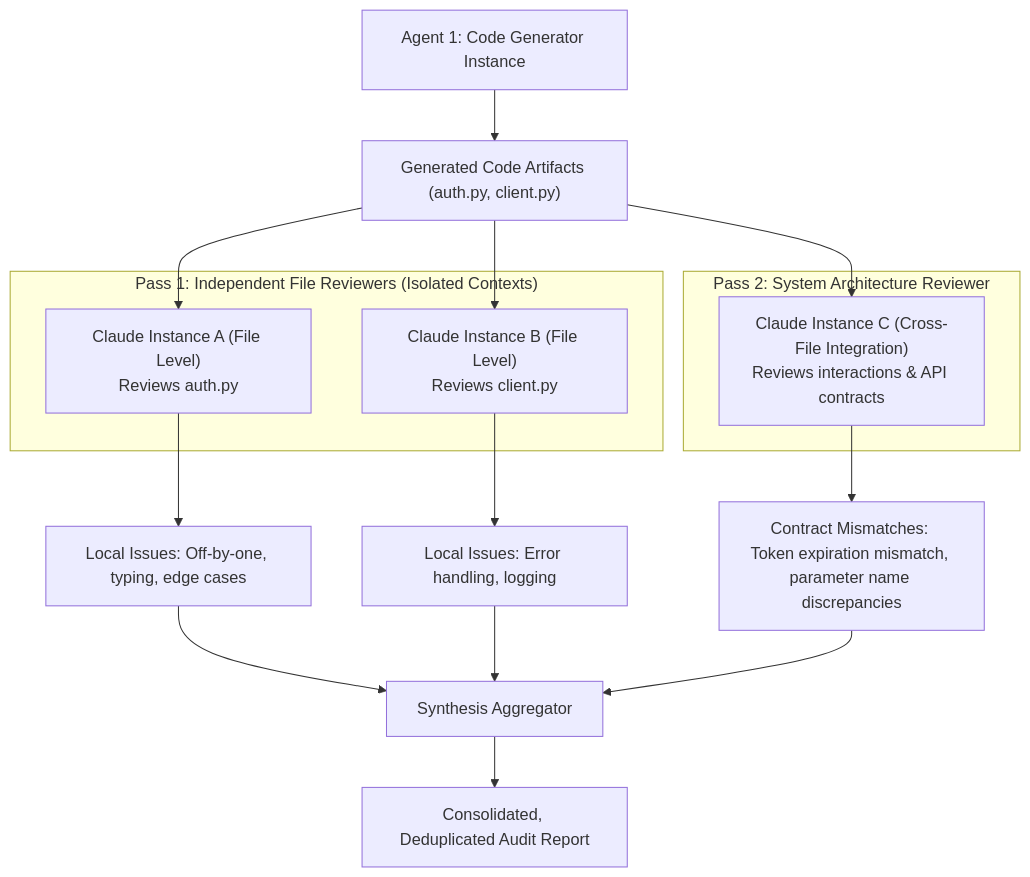
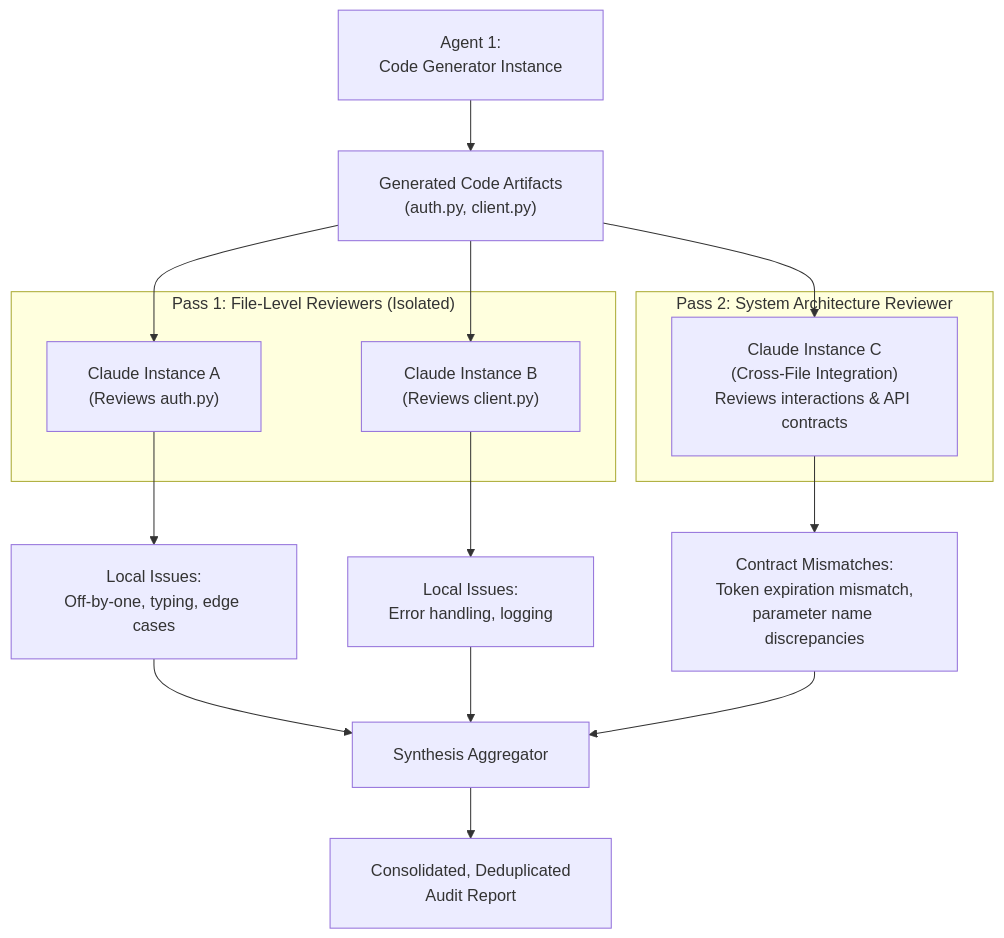
One commit to dip4k/claude_cert_architect_foundation_prep changed the diagram in domain4/ts_4_6_multi_pass_review/README.md. Above: the diagram before and after it, drawn with Mermaid. The commit also changed 31 other files, not shown here.

First line of the commit message:
docs(diagrams): fix text trimming, padding, and layout in all mermaid diagrams

````diff
--- a/domain4/ts_4_6_multi_pass_review/README.md
+++ b/domain4/ts_4_6_multi_pass_review/README.md
@@ -10,28 +10,29 @@
 ```mermaid
+%%{init: {"flowchart": {"htmlLabels": true, "padding": 20}}}%%
 flowchart TD
-    Generator["Agent 1: Code Generator Instance"] --> Codebase["Generated Code Artifacts (auth.py, client.py)"]
+    Generator["Agent 1:<br/>Code Generator Instance"] --> Codebase["Generated Code Artifacts<br/>(auth.py, client.py)"]
     
-    subgraph Pass1["Pass 1: Independent File Reviewers (Isolated Contexts)"]
-        ReviewerA["Claude Instance A (File Level)<br/>Reviews auth.py"]
-        ReviewerB["Claude Instance B (File Level)<br/>Reviews client.py"]
+    subgraph Pass1["Pass 1: File-Level Reviewers (Isolated)"]
+        ReviewerA["Claude Instance A<br/>(Reviews auth.py)"]
+        ReviewerB["Claude Instance B<br/>(Reviews client.py)"]
     end
     
     Codebase --> ReviewerA
     Codebase --> ReviewerB
     
-    ReviewerA --> FileFindingsA["Local Issues: Off-by-one, typing, edge cases"]
-    ReviewerB --> FileFindingsB["Local Issues: Error handling, logging"]
+    ReviewerA --> FileFindingsA["Local Issues:<br/>Off-by-one, typing, edge cases"]
+    ReviewerB --> FileFindingsB["Local Issues:<br/>Error handling, logging"]
     
     subgraph Pass2["Pass 2: System Architecture Reviewer"]
-        CrossReviewer["Claude Instance C (Cross-File Integration)<br/>Reviews interactions & API contracts"]
+        CrossReviewer["Claude Instance C<br/>(Cross-File Integration)<br/>Reviews interactions & API contracts"]
     end
     
     Codebase --> CrossReviewer
-    CrossReviewer --> ContractFindings["Contract Mismatches: Token expiration mismatch, parameter name discrepancies"]
+    CrossReviewer --> ContractFindings["Contract Mismatches:<br/>Token expiration mismatch,<br/>parameter name discrepancies"]
     
     FileFindingsA --> Aggregator["Synthesis Aggregator"]
     FileFindingsB --> Aggregator
     ContractFindings --> Aggregator
     
-    Aggregator --> FinalAudit["Consolidated, Deduplicated Audit Report"]
+    Aggregator --> FinalAudit["Consolidated, Deduplicated<br/>Audit Report"]
 ```
````
